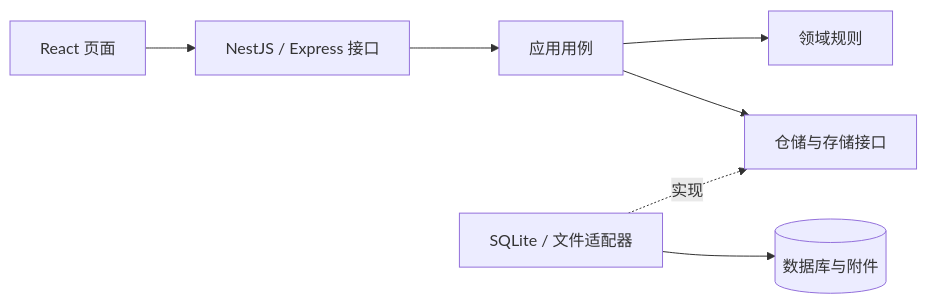
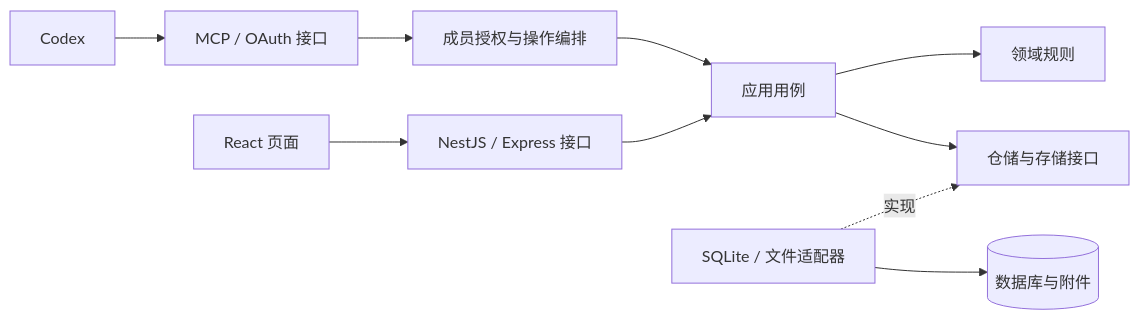
One commit to baiqiuran/Teamwork changed the diagram in README.md. Above: the diagram before and after it, drawn with Mermaid. The commit also changed other lines of this file and 129 other files, not shown here.

````diff
--- a/README.md
+++ b/README.md
@@ -140,9 +227,12 @@
 ```mermaid
 flowchart LR
   UI[React 页面] --> HTTP[NestJS / Express 接口]
+  AI[Codex] --> MCP[MCP / OAuth 接口]
+  MCP --> AUTH[成员授权与操作编排]
+  AUTH --> APP
   HTTP --> APP[应用用例]
   APP --> DOMAIN[领域规则]
   APP --> PORTS[仓储与存储接口]
   INFRA[SQLite / 文件适配器] -.实现.-> PORTS
   INFRA --> DATA[(数据库与附件)]
 ```
````
